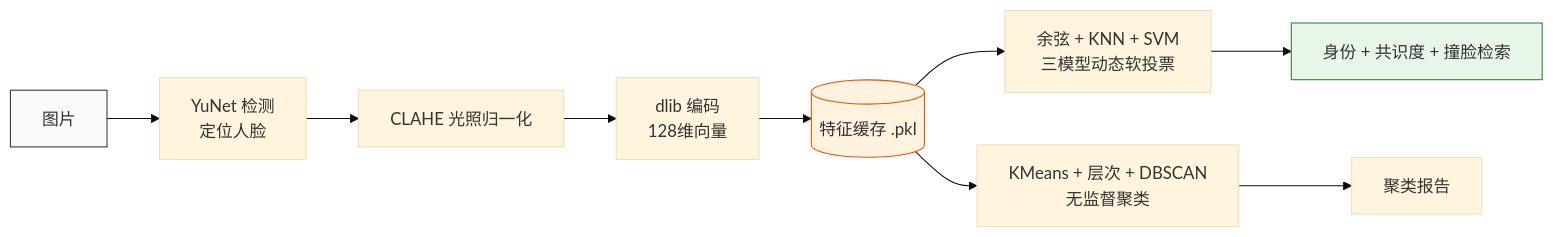
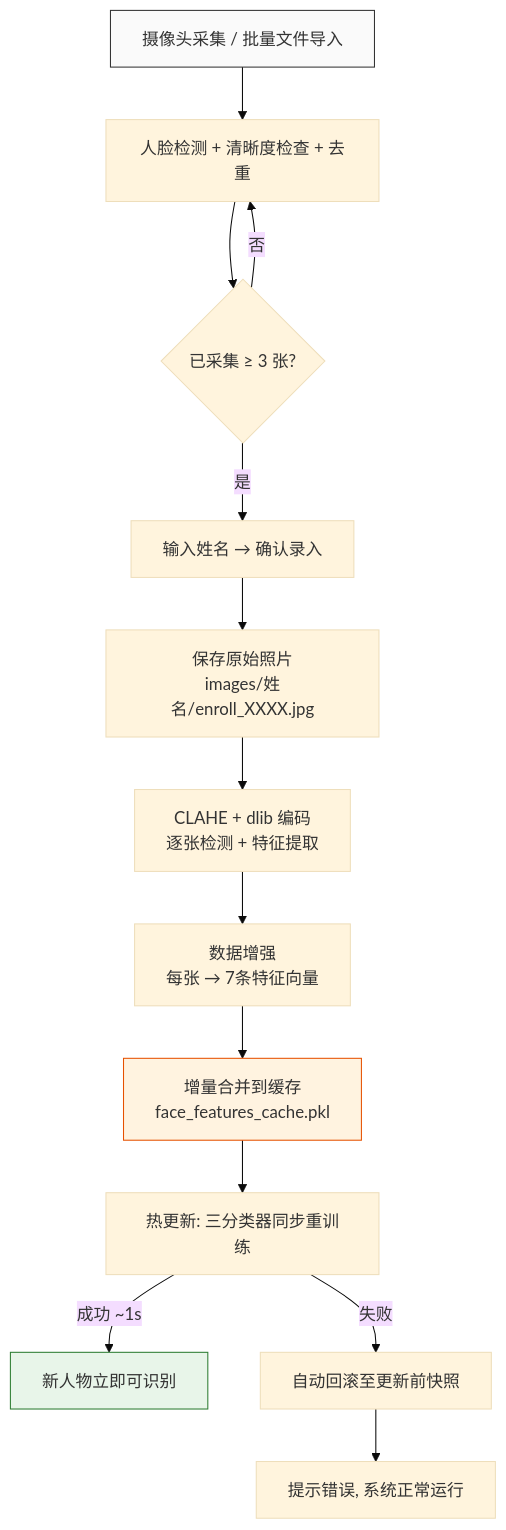
Before and after one commit to Silva6c/face-recognition-clustering: the fourth of 4 diagrams in docs/技术报告.md, drawn with Mermaid (base theme). The commit also changed other lines of this file and 2 other files, not shown here.

````diff
--- a/docs/技术报告.md
+++ b/docs/技术报告.md
@@ -123,15 +208,19 @@
 ```mermaid
-graph LR
-    A[图片] --> B[YuNet 检测<br/>定位人脸]
-    B --> C[CLAHE 光照归一化]
-    C --> D[dlib 编码<br/>128维向量]
-    D --> E[(特征缓存 .pkl)]
-    E --> F[余弦 + KNN + SVM<br/>三模型动态软投票]
-    E --> G[KMeans + 层次 + DBSCAN<br/>无监督聚类]
-    F --> H[身份 + 共识度 + 撞脸检索]
-    G --> I[聚类报告]
+graph TD
+    A[摄像头采集 / 批量文件导入] --> B[人脸检测 + 清晰度检查 + 去重]
+    B --> C{已采集 ≥ 3 张?}
+    C -->|否| B
+    C -->|是| D[输入姓名 → 确认录入]
+    D --> E[保存原始照片<br/>images/姓名/enroll_XXXX.jpg]
+    E --> F[CLAHE + dlib 编码<br/>逐张检测 + 特征提取]
+    F --> G[数据增强<br/>每张 → 7条特征向量]
+    G --> H[增量合并到缓存<br/>face_features_cache.pkl]
+    H --> I[热更新: 三分类器同步重训练]
+    I -->|成功 ~1s| J[新人物立即可识别]
+    I -->|失败| K[自动回滚至更新前快照]
+    K --> L[提示错误, 系统正常运行]
 
     style A fill:#fafafa,stroke:#333
-    style E fill:#fff3e0,stroke:#e65100
-    style H fill:#e8f5e9,stroke:#2e7d32
+    style H fill:#fff3e0,stroke:#e65100
+    style J fill:#e8f5e9,stroke:#2e7d32
 ```
````
